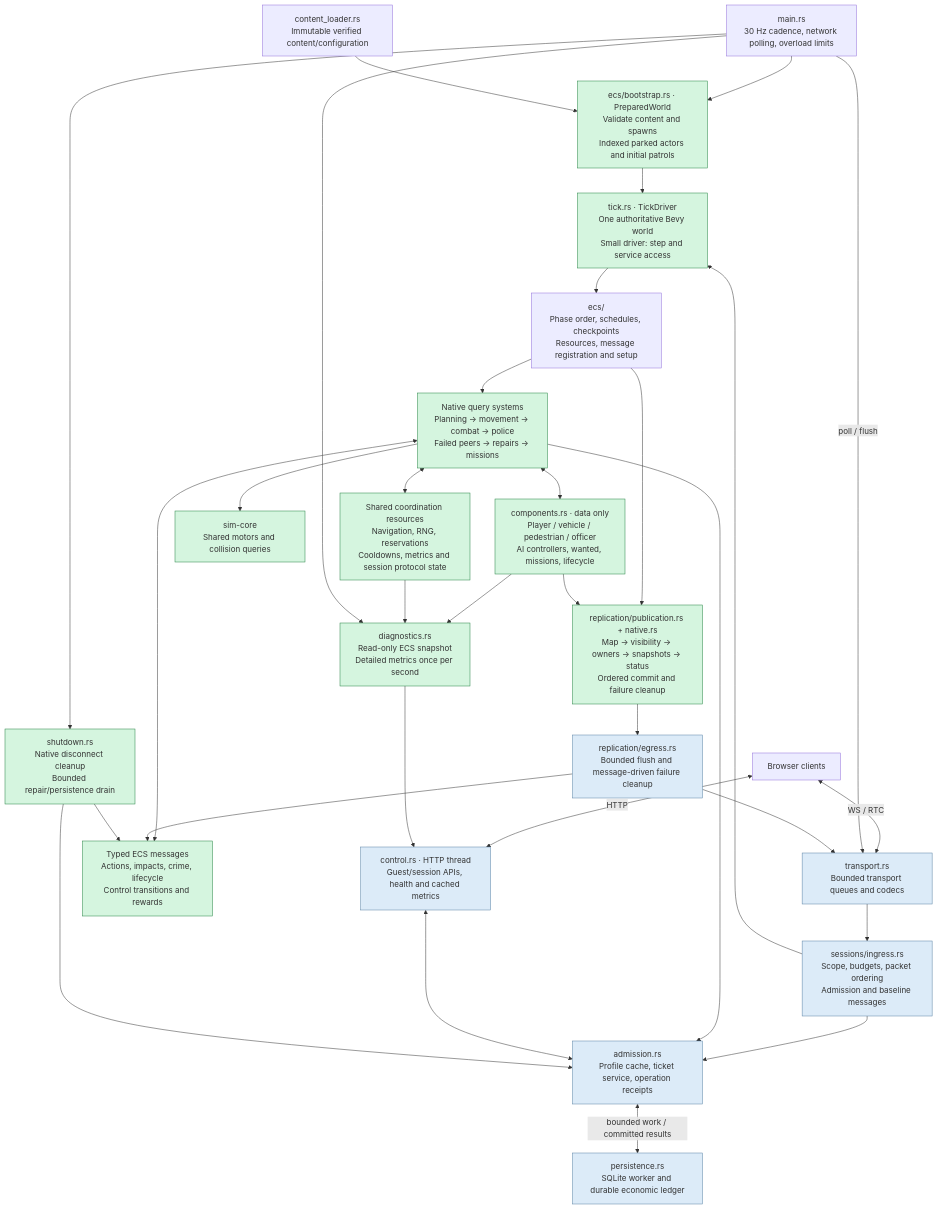
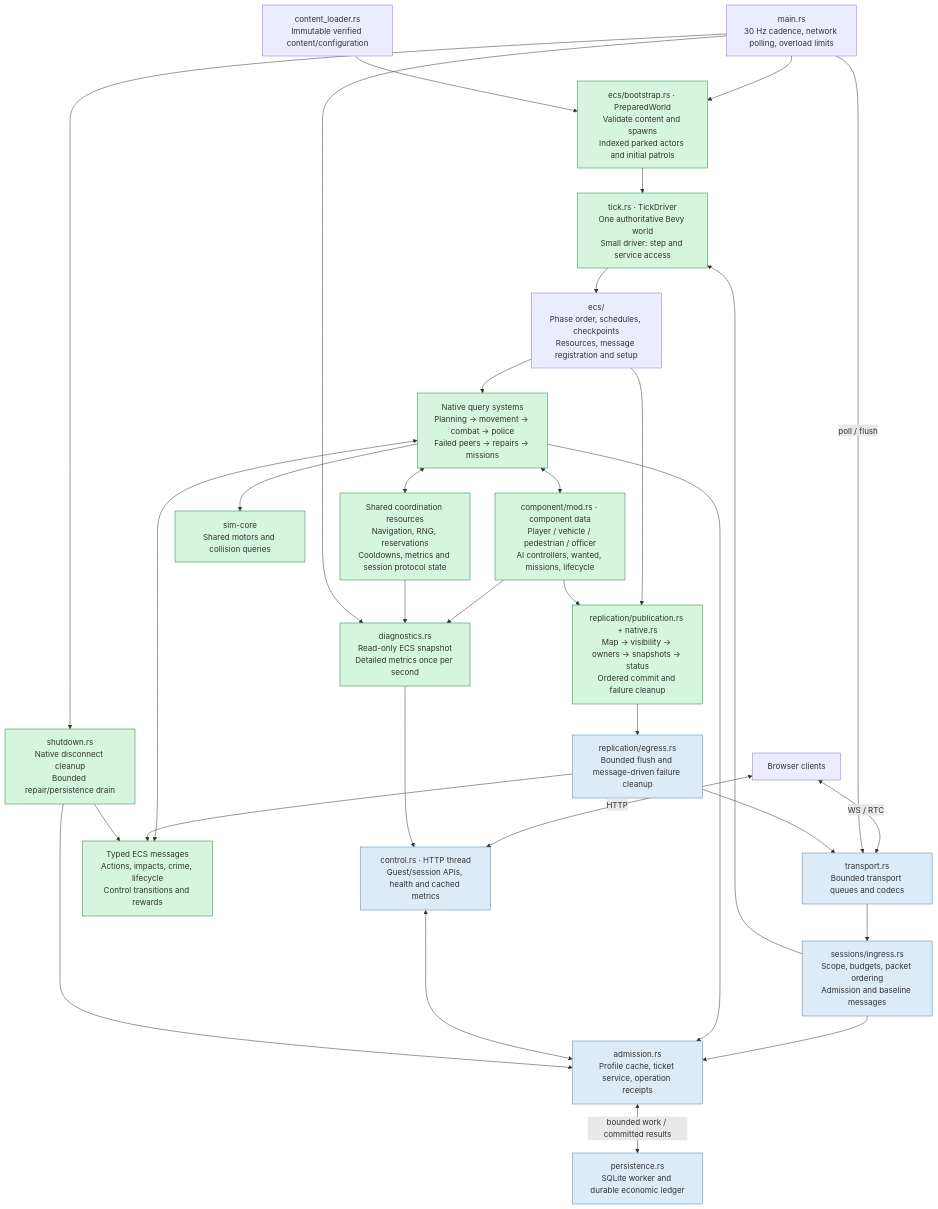
The diagram in docs/diagrams/backend.mmd (harveynw/browser-sandbox-game), drawn with Mermaid before and after one commit. The commit also changed 101 other files, not shown here.

```diff
--- a/docs/diagrams/backend.mmd
+++ b/docs/diagrams/backend.mmd
@@ -1,38 +1,38 @@
 %% Current backend architecture after the native ECS migration.
 flowchart TD
   Main["main.rs<br/>30 Hz cadence, network polling, overload limits"]
   Startup["ecs/bootstrap.rs · PreparedWorld<br/>Validate content and spawns<br/>Indexed parked actors and initial patrols"]
   Driver["tick.rs · TickDriver<br/>One authoritative Bevy world<br/>Small driver: step and service access"]
   Main --> Startup --> Driver
   Driver --> ECS["ecs/<br/>Phase order, schedules, checkpoints<br/>Resources, message registration and setup"]
   Content["content_loader.rs<br/>Immutable verified content/configuration"] --> Startup
   Browser["Browser clients"] <-->|WS / RTC| Network["transport.rs<br/>Bounded transport queues and codecs"]
   Main -->|poll / flush| Network
   Network --> Ingress["sessions/ingress.rs<br/>Scope, budgets, packet ordering<br/>Admission and baseline messages"]
   Ingress --> Driver
   ECS --> Gameplay["Native query systems<br/>Planning → movement → combat → police<br/>Failed peers → repairs → missions"]
-  Gameplay <--> Actors["components.rs · data only<br/>Player / vehicle / pedestrian / officer<br/>AI controllers, wanted, missions, lifecycle"]
+  Gameplay <--> Actors["component/mod.rs · component data<br/>Player / vehicle / pedestrian / officer<br/>AI controllers, wanted, missions, lifecycle"]
   Gameplay <--> Messages["Typed ECS messages<br/>Actions, impacts, crime, lifecycle<br/>Control transitions and rewards"]
   Gameplay <--> Resources["Shared coordination resources<br/>Navigation, RNG, reservations<br/>Cooldowns, metrics and session protocol state"]
   Gameplay --> Collision["sim-core<br/>Shared motors and collision queries"]
   ECS --> Publish["replication/publication.rs + native.rs<br/>Map → visibility → owners → snapshots → status<br/>Ordered commit and failure cleanup"]
   Actors --> Publish
   Publish --> Egress["replication/egress.rs<br/>Bounded flush and message-driven failure cleanup"]
   Egress --> Network
   Egress --> Messages
   Profiles["admission.rs<br/>Profile cache, ticket service, operation receipts"] <-->|bounded work / committed results| Storage["persistence.rs<br/>SQLite worker and durable economic ledger"]
   Ingress --> Profiles
   Gameplay --> Profiles
   HTTP["control.rs · HTTP thread<br/>Guest/session APIs, health and cached metrics"] <--> Profiles
   Browser <-->|HTTP| HTTP
   Diagnostics["diagnostics.rs<br/>Read-only ECS snapshot<br/>Detailed metrics once per second"] --> HTTP
   Actors --> Diagnostics
   Resources --> Diagnostics
   Main --> Diagnostics
   Main --> Shutdown["shutdown.rs<br/>Native disconnect cleanup<br/>Bounded repair/persistence drain"]
   Shutdown --> Messages
   Shutdown --> Profiles
   classDef sim fill:#d5f5df,stroke:#278344
   classDef io fill:#dcebf8,stroke:#5b83a5
   class Startup,Driver,Gameplay,Actors,Messages,Resources,Collision,Publish,Diagnostics,Shutdown sim
   class Network,Ingress,Egress,Profiles,Storage,HTTP io
```
